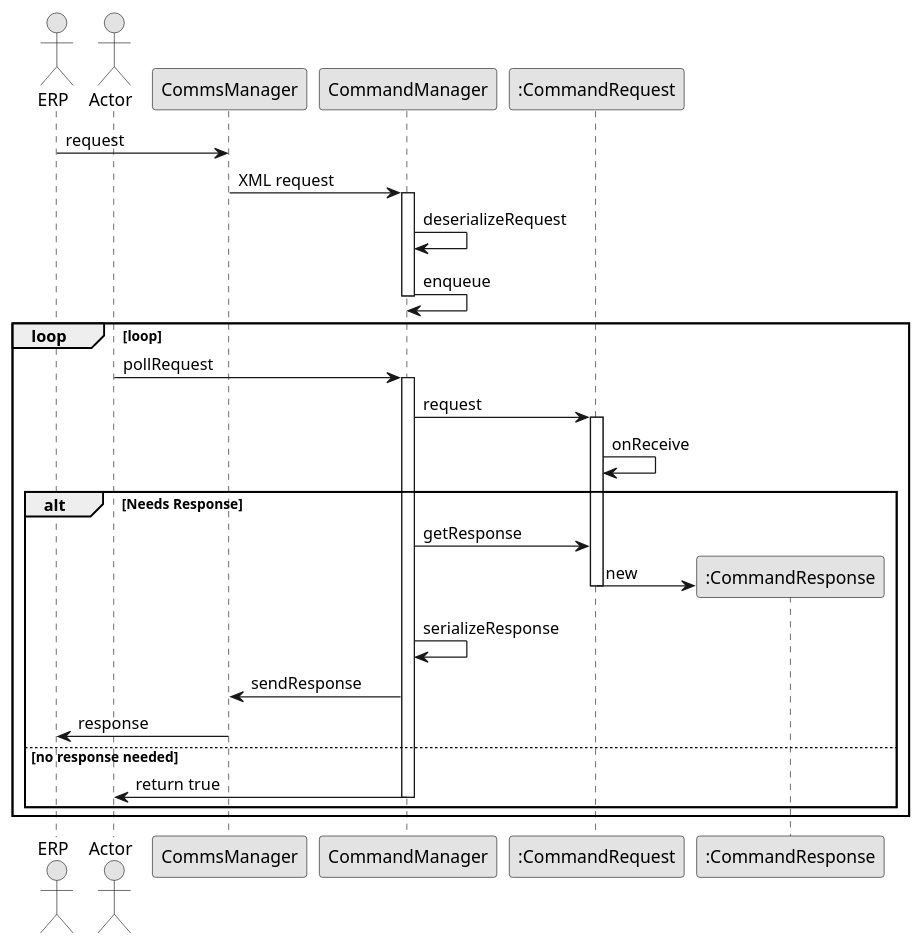
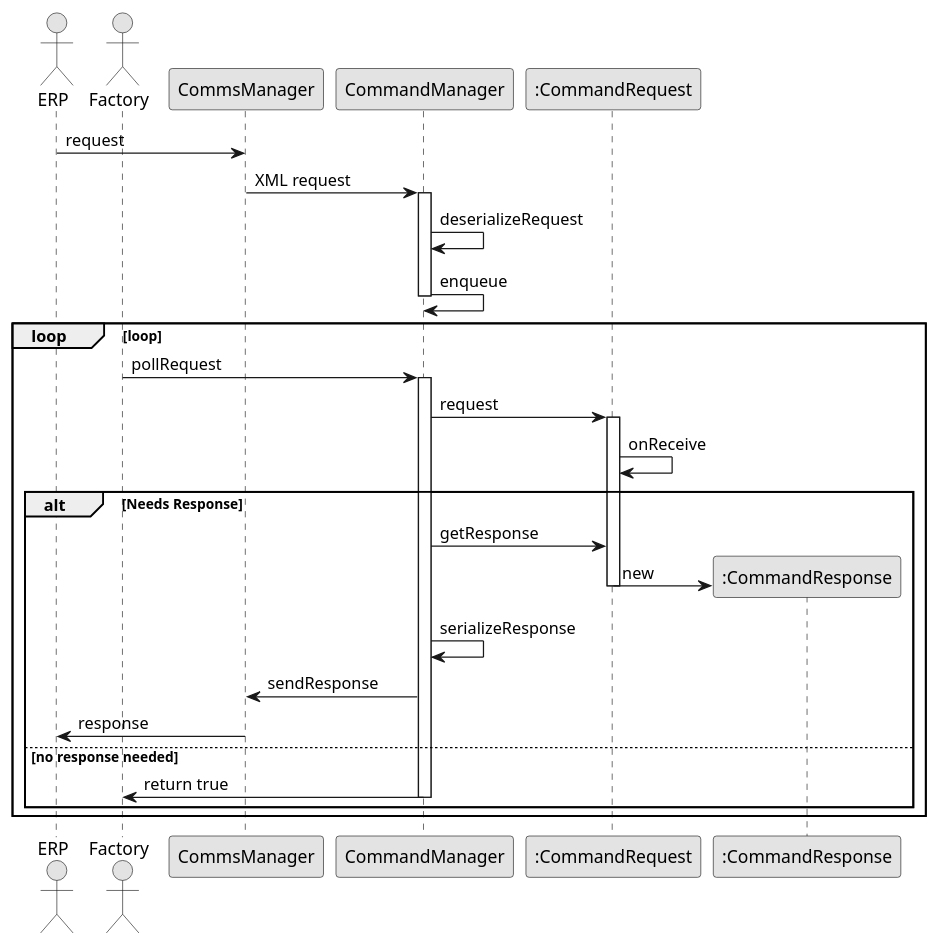
The diagram in docs/sequence_uml/command_manager.puml (avrocha/plant-floor-control), drawn with PlantUML before and after one commit. The commit also changed 2 other files, not shown here.

Commit message:
UML: Change actor names
References: #1 #2 #3

```diff
--- a/docs/sequence_uml/command_manager.puml
+++ b/docs/sequence_uml/command_manager.puml
@@ -1,54 +1,54 @@
 @startuml
 
 skinparam linetype ortho
 skinparam Monochrome true
 skinparam classAttributeIconSize 0
 
 
 Actor ERP
-Actor Actor
+Actor Factory
 ERP ->CommsManager: request
 CommsManager ->CommandManager: XML request
 activate CommandManager
 
 CommandManager->CommandManager: deserializeRequest
 
 CommandManager->CommandManager: enqueue
 deactivate CommandManager
 
 loop loop
 
 
-Actor->CommandManager: pollRequest
+Factory->CommandManager: pollRequest
 activate CommandManager
 
 CommandManager->":CommandRequest": request
 activate ":CommandRequest"
 
 ":CommandRequest"->":CommandRequest": onReceive
 
 alt  Needs Response
     CommandManager->":CommandRequest": getResponse
 
     Create ":CommandResponse"
     ":CommandRequest"->":CommandResponse": new 
     deactivate ":CommandRequest"
 
 
 
     CommandManager->CommandManager: serializeResponse
     CommandManager->CommsManager: sendResponse
     CommsManager ->ERP: response
 
 
 
     else no response needed
-        CommandManager->Actor: return true
+        CommandManager->Factory: return true
         deactivate CommandManager
 
 end
 
 end
 
 
 @enduml
```
